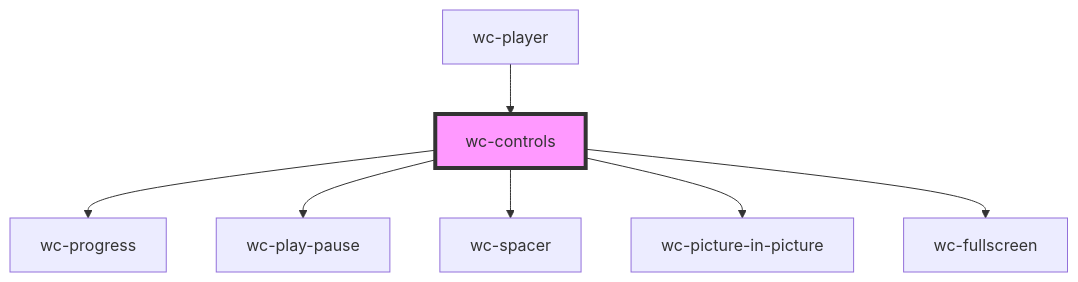
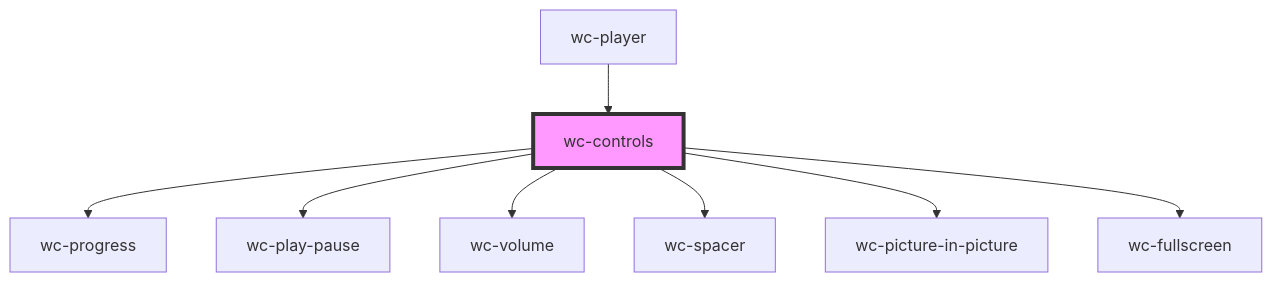
Before and after one commit to iChengbo/wcplayer: the diagram in packages/wcplayer-components/src/components/wc-controls/readme.md, drawn with Mermaid. The commit also changed other lines of this file and 8 other files, not shown here.

Commit message:
feat: move wc-volume into wc-controls

````diff
--- a/packages/wcplayer-components/src/components/wc-controls/readme.md
+++ b/packages/wcplayer-components/src/components/wc-controls/readme.md
@@ -47,10 +47,11 @@
 ```mermaid
 graph TD;
   wc-controls --> wc-progress
   wc-controls --> wc-play-pause
+  wc-controls --> wc-volume
   wc-controls --> wc-spacer
   wc-controls --> wc-picture-in-picture
   wc-controls --> wc-fullscreen
   wc-player --> wc-controls
   style wc-controls fill:#f9f,stroke:#333,stroke-width:4px
 ```
````
